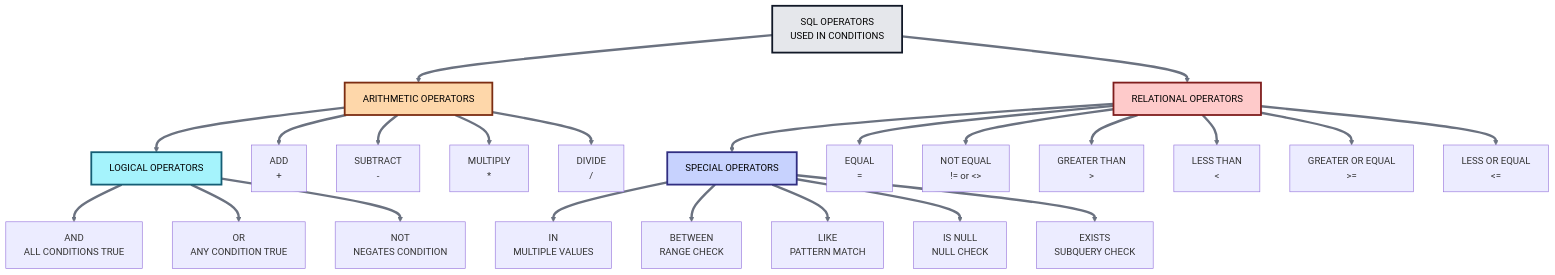
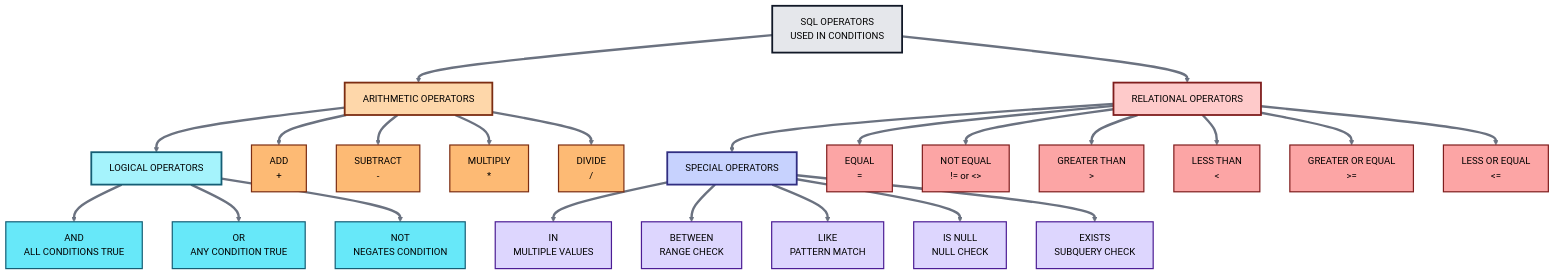
The diagram in day03/infoDay03.md (Avinash-706/SQL-Practice), drawn with Mermaid before and after one commit.

Commit message:
Day 03 : SQL Operators (Arithmetic, Relational, Logical), Special Operators (IN, LIKE, NULL), etc, Operator Precedence

````diff
--- a/day03/infoDay03.md
+++ b/day03/infoDay03.md
@@ -140,17 +140,46 @@
     S --> S5
 
     %% =======================
-    %% CONNECTORS
+    %% CONNECTOR VISIBILITY
     %% =======================
     linkStyle default stroke:#6b7280,stroke-width:4px
 
     %% =======================
-    %% STYLING (SAME AS BEFORE)
+    %% STYLING (REFERENCE MATCH)
     %% =======================
+
+    %% Root
     style OP fill:#e5e7eb,stroke:#111827,stroke-width:3px,color:#000
 
+    %% Operator groups
     style A fill:#fed7aa,stroke:#7c2d12,stroke-width:3px,color:#000
     style R fill:#fecaca,stroke:#7f1d1d,stroke-width:3px,color:#000
     style L fill:#a5f3fc,stroke:#155e75,stroke-width:3px,color:#000
     style S fill:#c7d2fe,stroke:#312e81,stroke-width:3px,color:#000
+
+    %% Arithmetic nodes
+    style A1 fill:#fdba74,stroke:#7c2d12,stroke-width:2px,color:#000
+    style A2 fill:#fdba74,stroke:#7c2d12,stroke-width:2px,color:#000
+    style A3 fill:#fdba74,stroke:#7c2d12,stroke-width:2px,color:#000
+    style A4 fill:#fdba74,stroke:#7c2d12,stroke-width:2px,color:#000
+
+    %% Relational nodes
+    style R1 fill:#fca5a5,stroke:#7f1d1d,stroke-width:2px,color:#000
+    style R2 fill:#fca5a5,stroke:#7f1d1d,stroke-width:2px,color:#000
+    style R3 fill:#fca5a5,stroke:#7f1d1d,stroke-width:2px,color:#000
+    style R4 fill:#fca5a5,stroke:#7f1d1d,stroke-width:2px,color:#000
+    style R5 fill:#fca5a5,stroke:#7f1d1d,stroke-width:2px,color:#000
+    style R6 fill:#fca5a5,stroke:#7f1d1d,stroke-width:2px,color:#000
+
+    %% Logical nodes
+    style L1 fill:#67e8f9,stroke:#155e75,stroke-width:2px,color:#000
+    style L2 fill:#67e8f9,stroke:#155e75,stroke-width:2px,color:#000
+    style L3 fill:#67e8f9,stroke:#155e75,stroke-width:2px,color:#000
+
+    %% Special nodes
+    style S1 fill:#ddd6fe,stroke:#4c1d95,stroke-width:2px,color:#000
+    style S2 fill:#ddd6fe,stroke:#4c1d95,stroke-width:2px,color:#000
+    style S3 fill:#ddd6fe,stroke:#4c1d95,stroke-width:2px,color:#000
+    style S4 fill:#ddd6fe,stroke:#4c1d95,stroke-width:2px,color:#000
+    style S5 fill:#ddd6fe,stroke:#4c1d95,stroke-width:2px,color:#000
 ```
````
